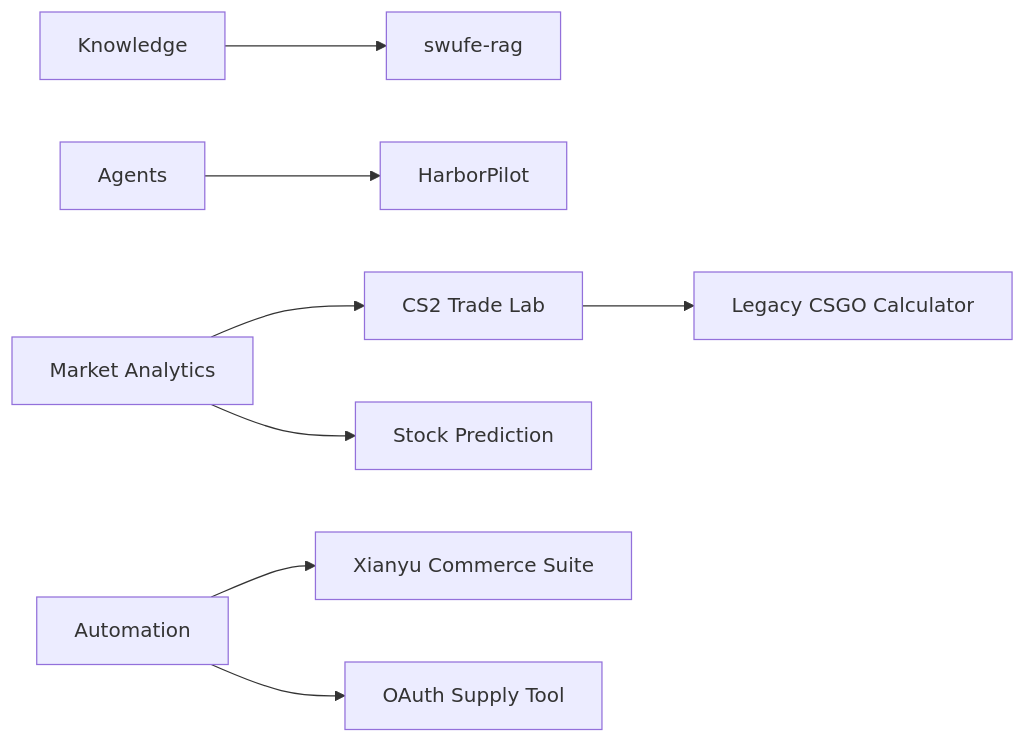
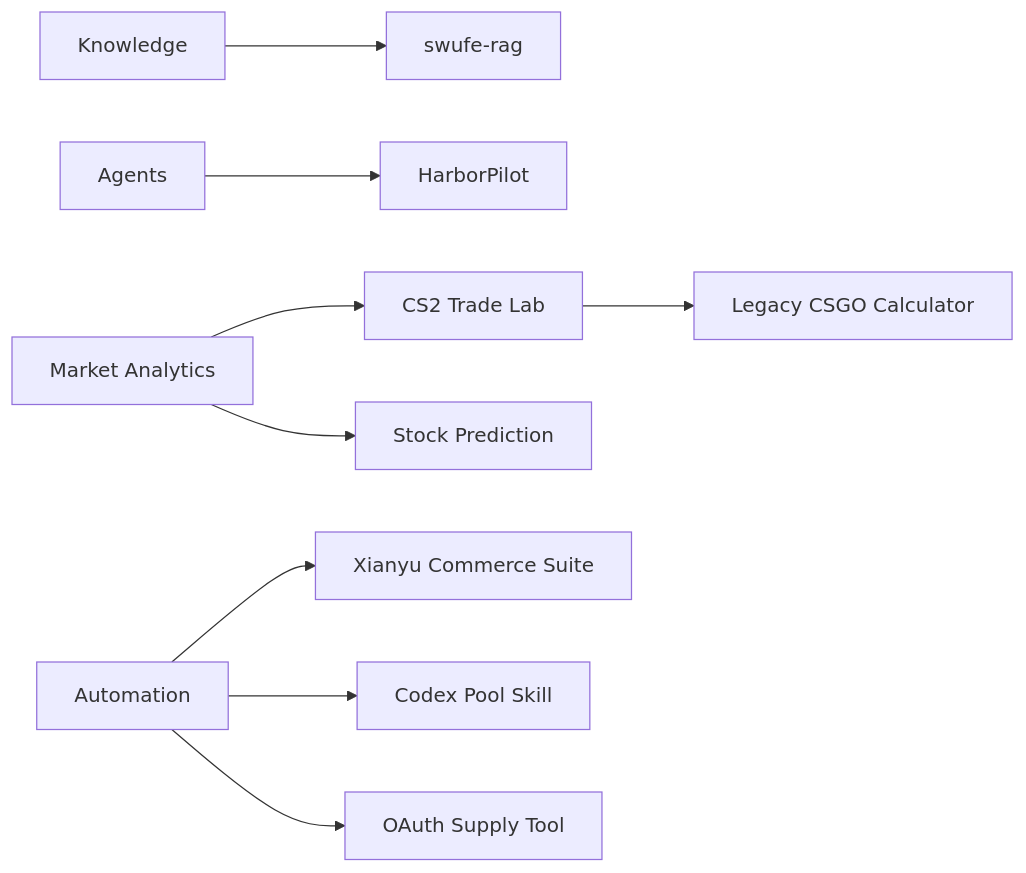
The diagram in README.md (ZorIgn/ZorIgn), drawn with Mermaid before and after one commit. The commit also changed other lines of this file and 1 other file, not shown here.

````diff
--- a/README.md
+++ b/README.md
@@ -28,10 +29,11 @@
 ```mermaid
 flowchart LR
     K[Knowledge] --> S[swufe-rag]
     A[Agents] --> H[HarborPilot]
     M[Market Analytics] --> C[CS2 Trade Lab]
     M --> P[Stock Prediction]
     U[Automation] --> X[Xianyu Commerce Suite]
+    U --> D[Codex Pool Skill]
     U --> O[OAuth Supply Tool]
     C --> L[Legacy CSGO Calculator]
 ```
````
